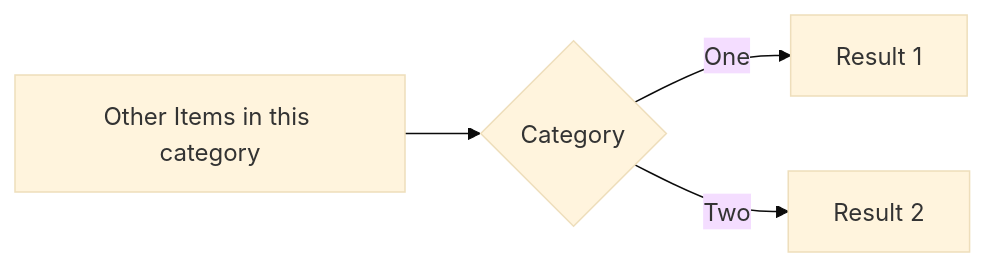
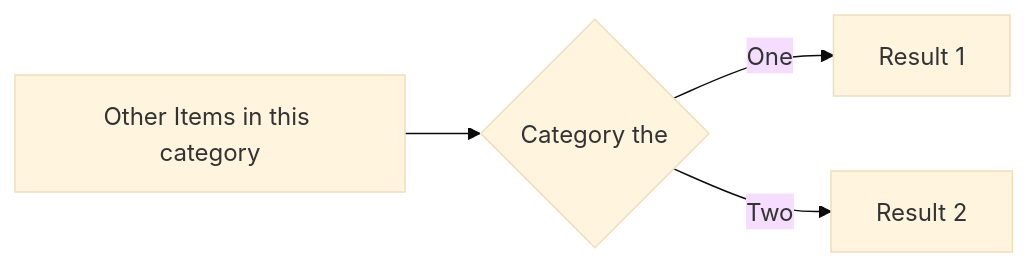
Before and after one commit to gerbssusd/dok: the diagram in slides.md, drawn with Mermaid (base theme).

````diff
--- a/slides.md
+++ b/slides.md
@@ -217,6 +217,6 @@
 ```mermaid {theme: 'neutral', scale: 0.8}
 graph LR
-B[Other Items in this category] --> C{Category}
+B[Other Items in this category] --> C{Category the }
 C -->|One| D[Result 1]
 C -->|Two| E[Result 2]
 ```
````
